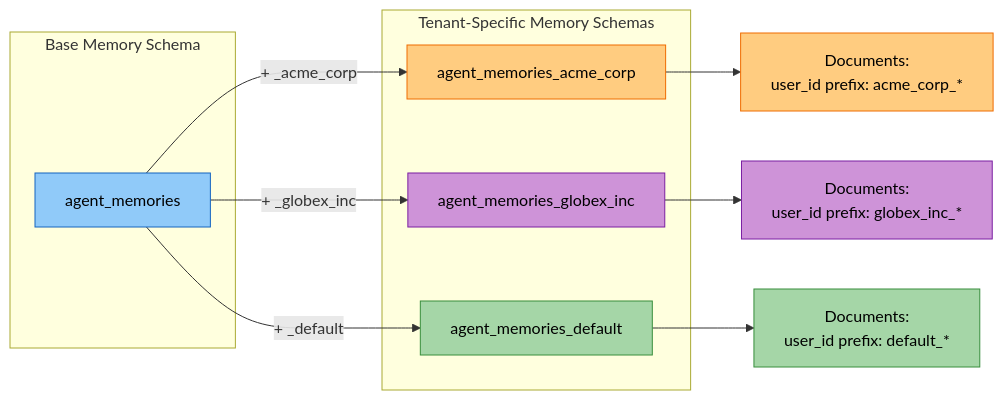
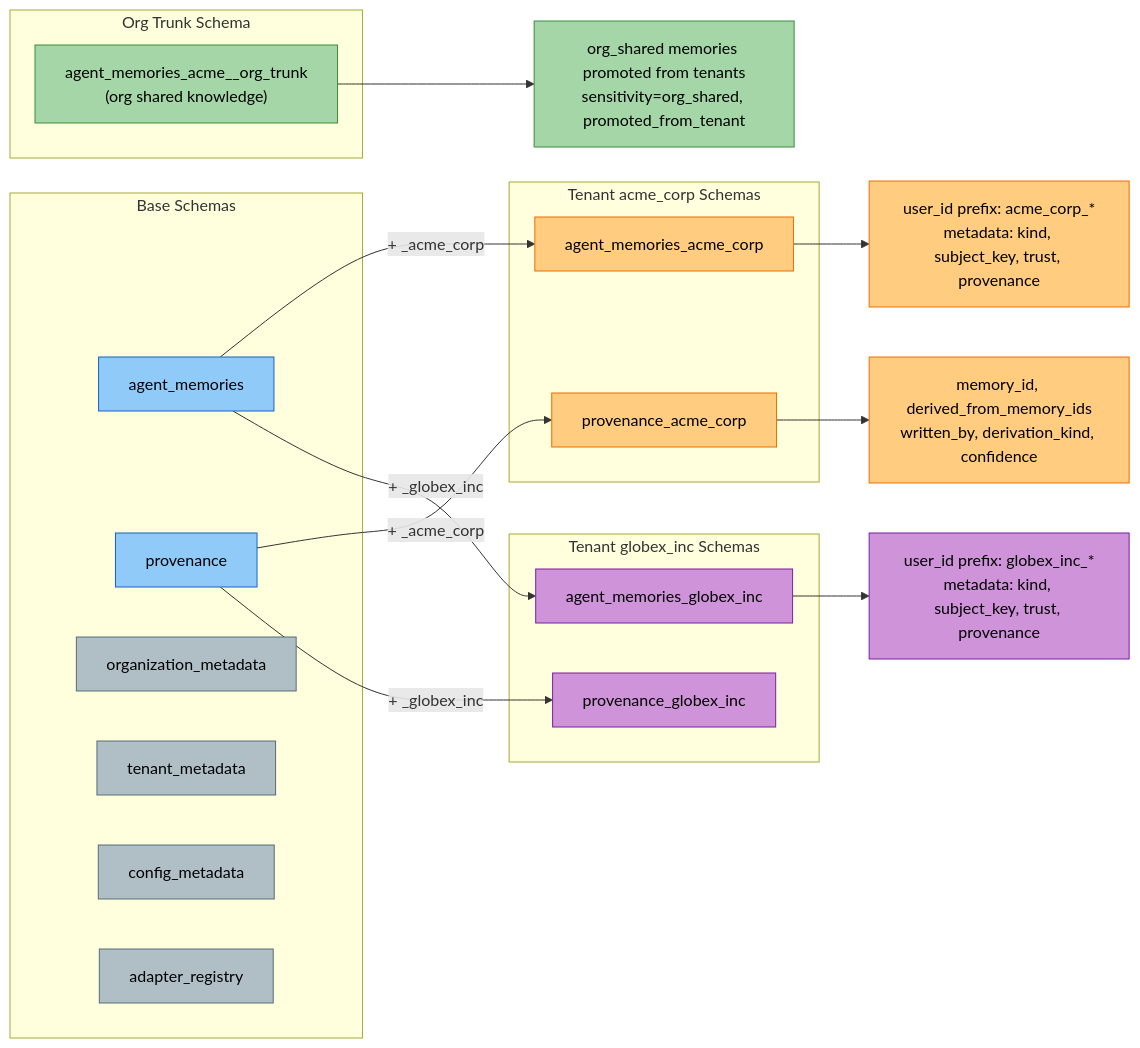
Before and after one commit to amit-jain/cogniverse: diagram 15 of 21 in docs/diagrams/multi-tenant-diagrams.md, drawn with Mermaid. The commit also changed other lines of this file and 1 other file, not shown here.

First line of the commit message:
Expand architecture and multi-tenant diagrams to cover Knowledge layer

````diff
--- a/docs/diagrams/multi-tenant-diagrams.md
+++ b/docs/diagrams/multi-tenant-diagrams.md
@@ -621,28 +638,51 @@
 ```mermaid
 flowchart LR
-    subgraph "Base Memory Schema"
-        BaseSchema["<span style='color:#000'>agent_memories</span>"]
+    subgraph "Base Schemas"
+        BaseMemSchema["<span style='color:#000'>agent_memories</span>"]
+        BaseProvSchema["<span style='color:#000'>provenance</span>"]
+        BaseOrgSchema["<span style='color:#000'>organization_metadata</span>"]
+        BaseTenantMetaSchema["<span style='color:#000'>tenant_metadata</span>"]
+        BaseConfigSchema["<span style='color:#000'>config_metadata</span>"]
+        BaseAdapterSchema["<span style='color:#000'>adapter_registry</span>"]
     end
 
-    subgraph "Tenant-Specific Memory Schemas"
+    subgraph "Tenant acme_corp Schemas"
         SchemaA["<span style='color:#000'>agent_memories_acme_corp</span>"]
-        SchemaB["<span style='color:#000'>agent_memories_globex_inc</span>"]
-        SchemaC["<span style='color:#000'>agent_memories_default</span>"]
+        ProvSchemaA["<span style='color:#000'>provenance_acme_corp</span>"]
     end
 
-    BaseSchema -->|+ _acme_corp| SchemaA
-    BaseSchema -->|+ _globex_inc| SchemaB
-    BaseSchema -->|+ _default| SchemaC
+    subgraph "Tenant globex_inc Schemas"
+        SchemaB["<span style='color:#000'>agent_memories_globex_inc</span>"]
+        ProvSchemaB["<span style='color:#000'>provenance_globex_inc</span>"]
+    end
 
-    SchemaA --> DocA["<span style='color:#000'>Documents:<br/>user_id prefix: acme_corp_*</span>"]
-    SchemaB --> DocB["<span style='color:#000'>Documents:<br/>user_id prefix: globex_inc_*</span>"]
-    SchemaC --> DocC["<span style='color:#000'>Documents:<br/>user_id prefix: default_*</span>"]
+    subgraph "Org Trunk Schema"
+        OrgTrunk["<span style='color:#000'>agent_memories_acme__org_trunk<br/>(org shared knowledge)</span>"]
+    end
 
-    style BaseSchema fill:#90caf9,stroke:#1565c0,color:#000
+    BaseMemSchema -->|+ _acme_corp| SchemaA
+    BaseMemSchema -->|+ _globex_inc| SchemaB
+    BaseProvSchema -->|+ _acme_corp| ProvSchemaA
+    BaseProvSchema -->|+ _globex_inc| ProvSchemaB
+
+    SchemaA --> DocA["<span style='color:#000'>user_id prefix: acme_corp_*<br/>metadata: kind, subject_key, trust, provenance</span>"]
+    SchemaB --> DocB["<span style='color:#000'>user_id prefix: globex_inc_*<br/>metadata: kind, subject_key, trust, provenance</span>"]
+    ProvSchemaA --> ProvDocA["<span style='color:#000'>memory_id, derived_from_memory_ids<br/>written_by, derivation_kind, confidence</span>"]
+    OrgTrunk --> OrgDoc["<span style='color:#000'>org_shared memories promoted from tenants<br/>sensitivity=org_shared, promoted_from_tenant</span>"]
+
+    style BaseMemSchema fill:#90caf9,stroke:#1565c0,color:#000
+    style BaseProvSchema fill:#90caf9,stroke:#1565c0,color:#000
+    style BaseOrgSchema fill:#b0bec5,stroke:#546e7a,color:#000
+    style BaseTenantMetaSchema fill:#b0bec5,stroke:#546e7a,color:#000
+    style BaseConfigSchema fill:#b0bec5,stroke:#546e7a,color:#000
+    style BaseAdapterSchema fill:#b0bec5,stroke:#546e7a,color:#000
     style SchemaA fill:#ffcc80,stroke:#ef6c00,color:#000
+    style ProvSchemaA fill:#ffcc80,stroke:#ef6c00,color:#000
     style SchemaB fill:#ce93d8,stroke:#7b1fa2,color:#000
-    style SchemaC fill:#a5d6a7,stroke:#388e3c,color:#000
+    style ProvSchemaB fill:#ce93d8,stroke:#7b1fa2,color:#000
+    style OrgTrunk fill:#a5d6a7,stroke:#388e3c,color:#000
     style DocA fill:#ffcc80,stroke:#ef6c00,color:#000
     style DocB fill:#ce93d8,stroke:#7b1fa2,color:#000
-    style DocC fill:#a5d6a7,stroke:#388e3c,color:#000
+    style ProvDocA fill:#ffcc80,stroke:#ef6c00,color:#000
+    style OrgDoc fill:#a5d6a7,stroke:#388e3c,color:#000
 ```
````
